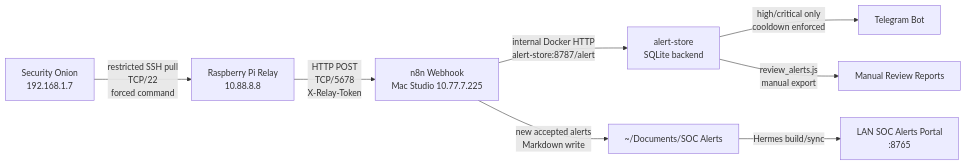
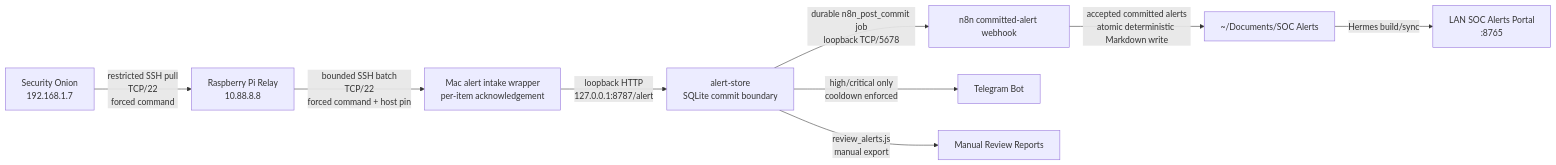
The first of 5 diagrams in docs/security-onion-relay-architecture.md (ArronJablonowski/OnionSentinel), drawn with Mermaid before and after one commit. The commit also changed other lines of this file and 136 other files, not shown here.

````diff
--- a/docs/security-onion-relay-architecture.md
+++ b/docs/security-onion-relay-architecture.md
@@ -51,10 +52,11 @@
 ```mermaid
 flowchart LR
   SO["Security Onion<br/>192.168.1.7"] -->|"restricted SSH pull<br/>TCP/22<br/>forced command"| PI["Raspberry Pi Relay<br/>10.88.8.8"]
-  PI -->|"HTTP POST<br/>TCP/5678<br/>X-Relay-Token"| N8N["n8n Webhook<br/>Mac Studio 10.77.7.225"]
-  N8N -->|"internal Docker HTTP<br/>alert-store:8787/alert"| STORE["alert-store<br/>SQLite backend"]
+  PI -->|"bounded SSH batch<br/>TCP/22<br/>forced command + host pin"| INTAKE["Mac alert intake wrapper<br/>per-item acknowledgement"]
+  INTAKE -->|"loopback HTTP<br/>127.0.0.1:8787/alert"| STORE["alert-store<br/>SQLite commit boundary"]
+  STORE -->|"durable n8n_post_commit job<br/>loopback TCP/5678"| N8N["n8n committed-alert webhook"]
   STORE -->|"high/critical only<br/>cooldown enforced"| TG["Telegram Bot"]
-  N8N -->|"new accepted alerts<br/>Markdown write"| MD["~/Documents/SOC Alerts"]
+  N8N -->|"accepted committed alerts<br/>atomic deterministic Markdown write"| MD["~/Documents/SOC Alerts"]
   STORE -->|"review_alerts.js<br/>manual export"| OBS["Manual Review Reports"]
   MD -->|"Hermes build/sync"| PORTAL["LAN SOC Alerts Portal<br/>:8765"]
 ```
````
